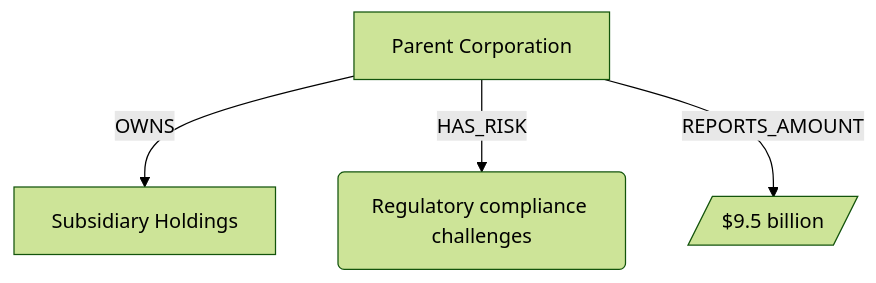
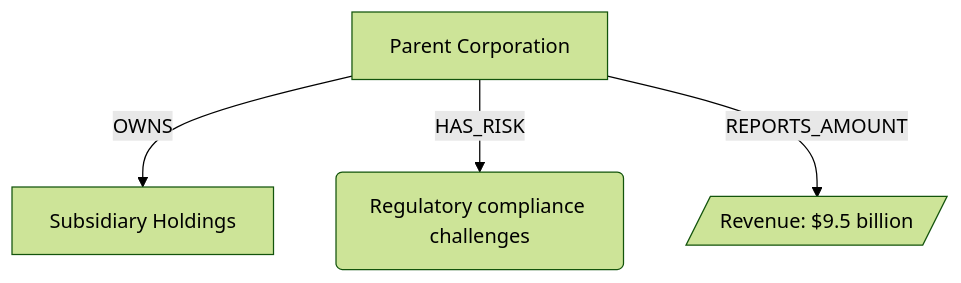
Before and after one commit to sanjaybharkatiya/financial-detective: the diagram in README.md, drawn with Mermaid (forest theme). The commit also changed other lines of this file and 6 other files, not shown here.

````diff
--- a/README.md
+++ b/README.md
@@ -386,11 +479,11 @@
 ```mermaid
 flowchart TD
     company_1["Parent Corporation"]
     company_2["Subsidiary Holdings"]
     risk_1("Regulatory compliance challenges")
-    amount_1[/"$9.5 billion"/]
+    amount_1[/"Revenue: $9.5 billion"/]
 
     company_1 -->|OWNS| company_2
     company_1 -->|HAS_RISK| risk_1
     company_1 -->|REPORTS_AMOUNT| amount_1
 ```
````
